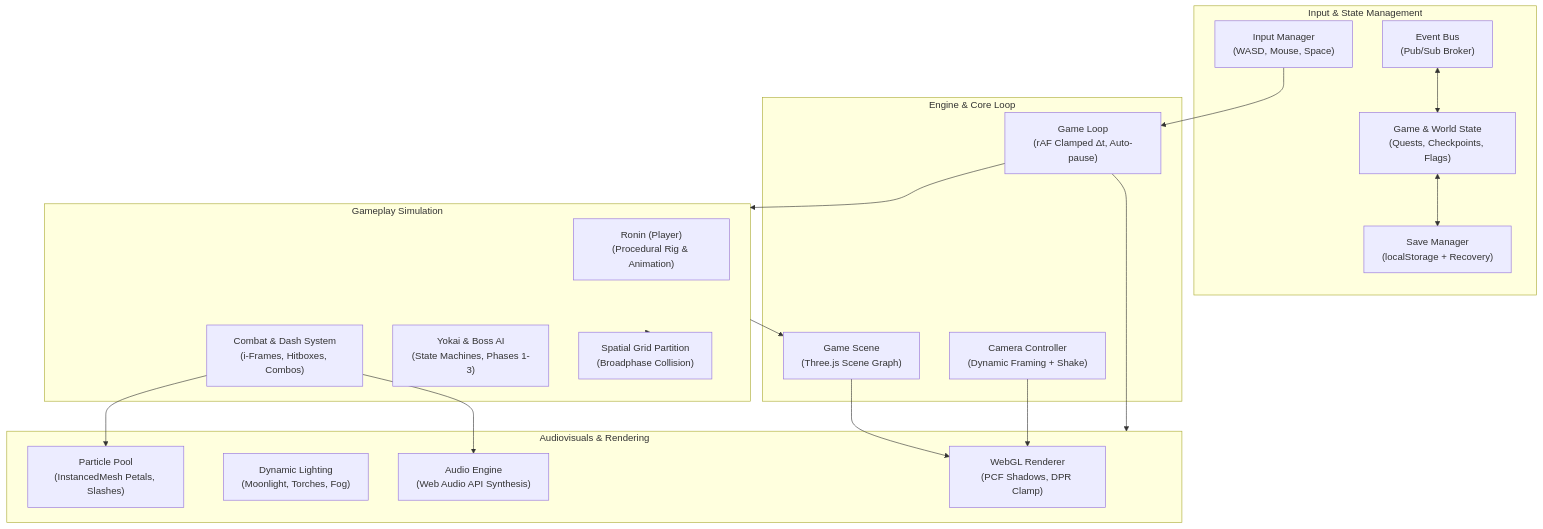
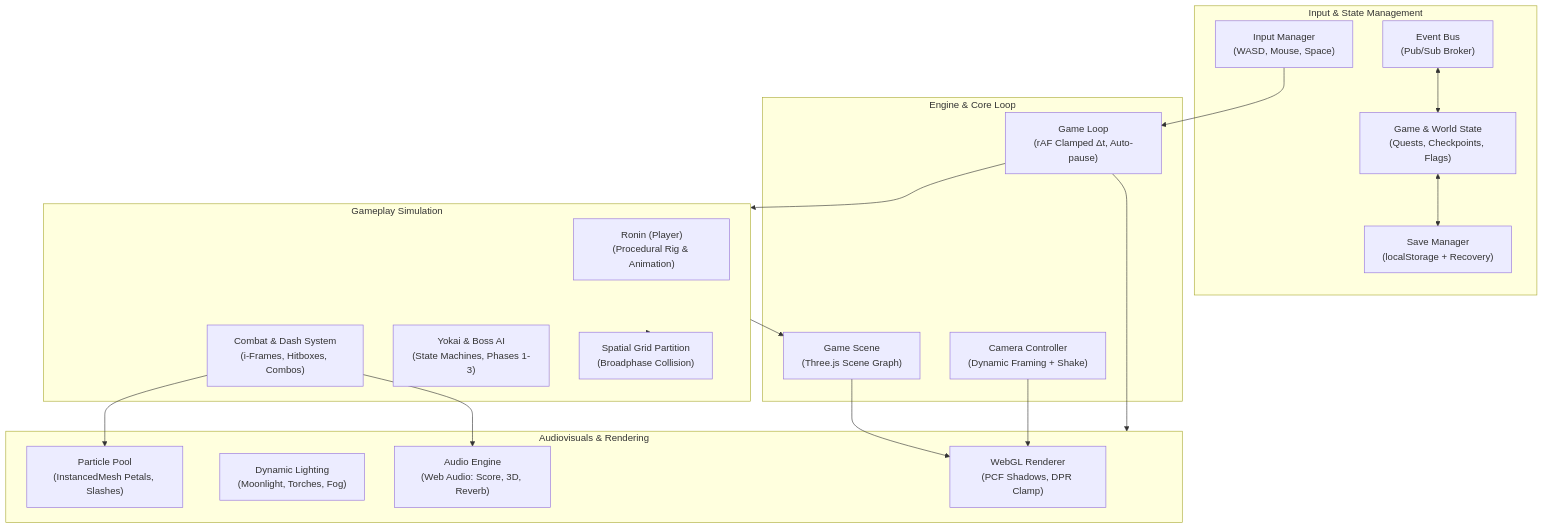
One commit to MdKasif0/Shadow-of-the-Crimson-Gate changed the first of 2 diagrams in README.md. Above: the diagram before and after it, drawn with Mermaid. The commit also changed other lines of this file and 212 other files, not shown here.

````diff
--- a/README.md
+++ b/README.md
@@ -14,41 +14,41 @@
 ```mermaid
 flowchart TB
     subgraph InputState ["Input & State Management"]
         Input["Input Manager\n(WASD, Mouse, Space)"]
         Bus["Event Bus\n(Pub/Sub Broker)"]
         State["Game & World State\n(Quests, Checkpoints, Flags)"]
         Save["Save Manager\n(localStorage + Recovery)"]
     end
 
     subgraph CoreLoop ["Engine & Core Loop"]
         Loop["Game Loop\n(rAF Clamped Δt, Auto-pause)"]
         Scene["Game Scene\n(Three.js Scene Graph)"]
         Camera["Camera Controller\n(Dynamic Framing + Shake)"]
     end
 
     subgraph Gameplay ["Gameplay Simulation"]
         Player["Ronin (Player)\n(Procedural Rig & Animation)"]
         Combat["Combat & Dash System\n(i-Frames, Hitboxes, Combos)"]
         AI["Yokai & Boss AI\n(State Machines, Phases 1-3)"]
         Collision["Spatial Grid Partition\n(Broadphase Collision)"]
     end
 
     subgraph VisualAudio ["Audiovisuals & Rendering"]
         Render["WebGL Renderer\n(PCF Shadows, DPR Clamp)"]
         Lighting["Dynamic Lighting\n(Moonlight, Torches, Fog)"]
         VFX["Particle Pool\n(InstancedMesh Petals, Slashes)"]
-        Audio["Audio Engine\n(Web Audio API Synthesis)"]
+        Audio["Audio Engine\n(Web Audio: Score, 3D, Reverb)"]
     end
 
     Input --> Loop
     Loop --> Gameplay
     Loop --> VisualAudio
     Bus <--> State
     State <--> Save
     Gameplay --> Collision
     Gameplay --> Scene
     Combat --> VFX
     Combat --> Audio
     Scene --> Render
     Camera --> Render
 ```
````
